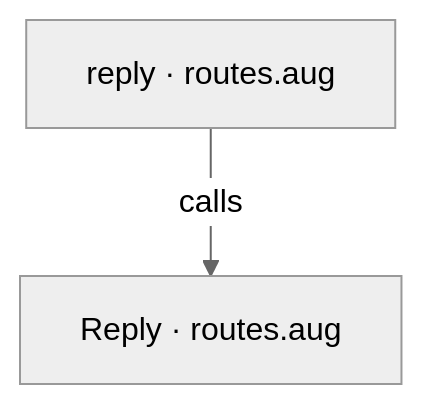
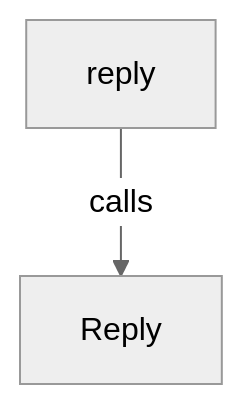
The first of 2 diagrams in benchmarks/http/routes.aug.diagrams.md (GreenPandaStudios/augscript), drawn with Mermaid (neutral theme) before and after one commit. The commit also changed other lines of this file and 524 other files, not shown here.

Commit message:
Explain checked data flow at folder and service levels

````diff
--- a/benchmarks/http/routes.aug.diagrams.md
+++ b/benchmarks/http/routes.aug.diagrams.md
@@ -9,6 +11,6 @@
 ```mermaid
 flowchart TD
-    n0["Reply · routes.aug"]
-    n1["reply · routes.aug"]
+    n0["Reply"]
+    n1["reply"]
     n1 -->|"calls"| n0
 ```
````
